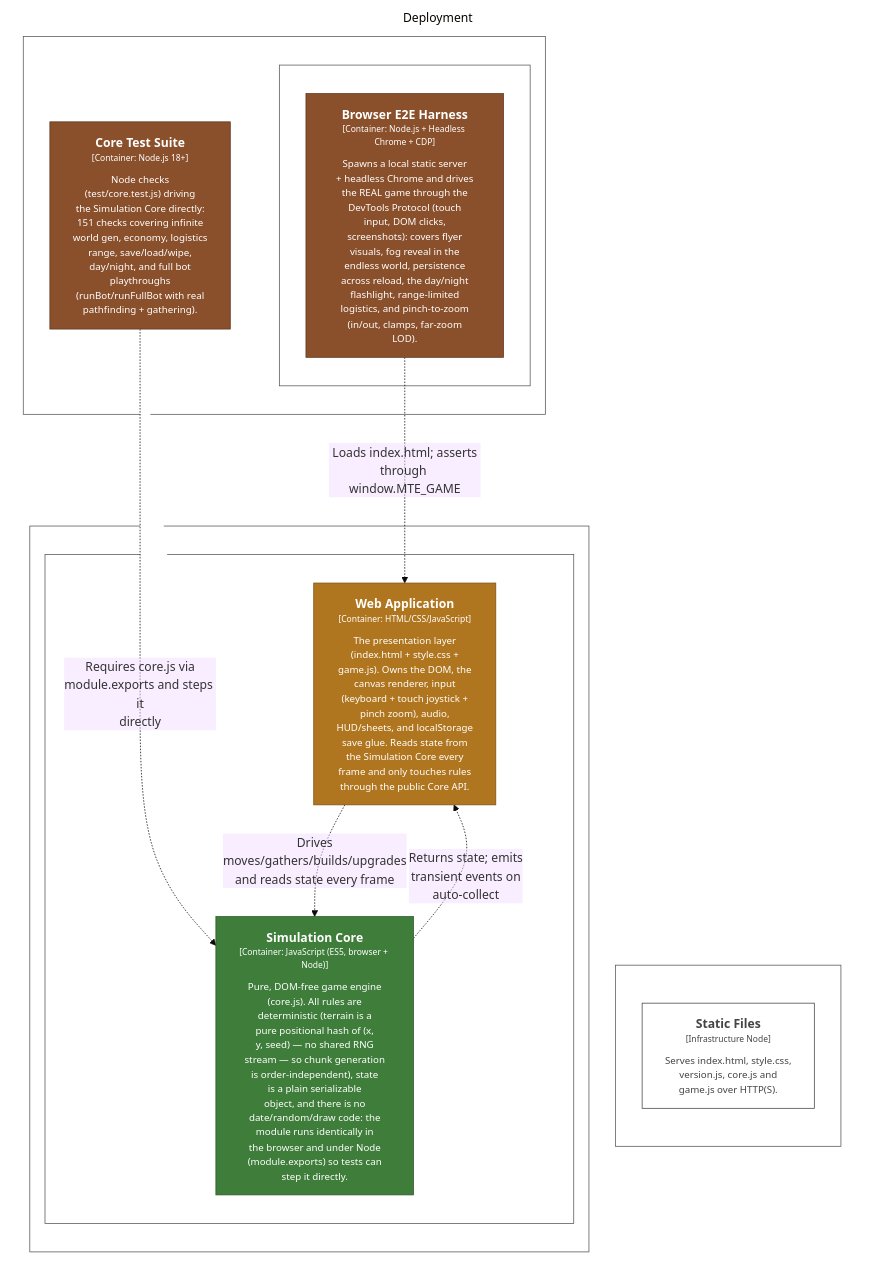
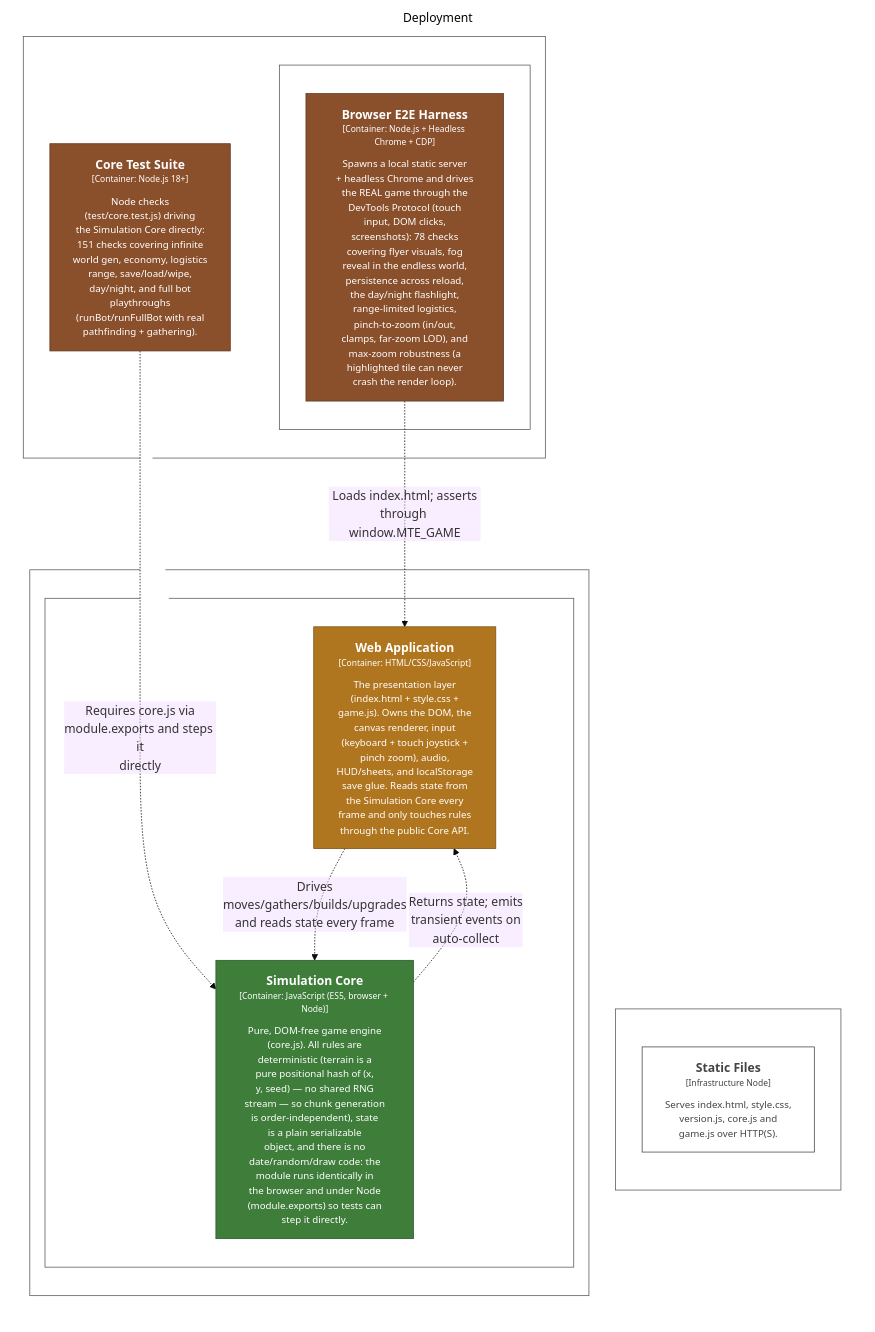
One commit to bitkojine/more-than-enough changed the diagram in structurizr/diagrams/Deployment.mmd. Above: the diagram before and after it, drawn with Mermaid (base theme). The commit also changed 9 other files, not shown here.

```diff
--- a/structurizr/diagrams/Deployment.mmd
+++ b/structurizr/diagrams/Deployment.mmd
@@ -1,48 +1,48 @@
 %% Generated from structurizr/workspace.dsl — do not edit; run: node structurizr/scripts/structurizr.mjs mermaid
 graph LR
   linkStyle default fill:#ffffff
 
   subgraph diagram ["Deployment"]
     style diagram fill:#ffffff,stroke:#ffffff
 
     subgraph 67 ["Browser"]
       style 67 fill:#ffffff,stroke:#575757,color:#ffffff
 
       subgraph 68 ["Browser tab"]
         style 68 fill:#ffffff,stroke:#575757,color:#ffffff
 
         69["<div style='font-weight: bold'>Web Application</div><div style='font-size: 70%; margin-top: 0px'>[Container: HTML/CSS/JavaScript]</div><div style='font-size: 80%; margin-top:10px'>The presentation layer<br />(index.html + style.css +<br />game.js). Owns the DOM, the<br />canvas renderer, input<br />(keyboard + touch joystick +<br />pinch zoom), audio,<br />HUD/sheets, and localStorage<br />save glue. Reads state from<br />the Simulation Core every<br />frame and only touches rules<br />through the public Core API.</div>"]
         style 69 fill:#b0761f,stroke:#7b5215,color:#ffffff
         70["<div style='font-weight: bold'>Simulation Core</div><div style='font-size: 70%; margin-top: 0px'>[Container: JavaScript (ES5, browser + Node)]</div><div style='font-size: 80%; margin-top:10px'>Pure, DOM-free game engine<br />(core.js). All rules are<br />deterministic (terrain is a<br />pure positional hash of (x,<br />y, seed) — no shared RNG<br />stream — so chunk generation<br />is order-independent), state<br />is a plain serializable<br />object, and there is no<br />date/random/draw code: the<br />module runs identically in<br />the browser and under Node<br />(module.exports) so tests can<br />step it directly.</div>"]
         style 70 fill:#3f7d3a,stroke:#2c5728,color:#ffffff
       end
 
     end
 
     subgraph 73 ["Static Host"]
       style 73 fill:#ffffff,stroke:#575757,color:#ffffff
 
       74["<div style='font-weight: bold'>Static Files</div><div style='font-size: 70%; margin-top: 0px'>[Infrastructure Node]</div><div style='font-size: 80%; margin-top:10px'>Serves index.html, style.css,<br />version.js, core.js and<br />game.js over HTTP(S).</div>"]
       style 74 fill:#ffffff,stroke:#444444,color:#444444
     end
 
     subgraph 75 ["Node.js 18+"]
       style 75 fill:#ffffff,stroke:#575757,color:#ffffff
 
       76["<div style='font-weight: bold'>Core Test Suite</div><div style='font-size: 70%; margin-top: 0px'>[Container: Node.js 18+]</div><div style='font-size: 80%; margin-top:10px'>Node checks<br />(test/core.test.js) driving<br />the Simulation Core directly:<br />151 checks covering infinite<br />world gen, economy, logistics<br />range, save/load/wipe,<br />day/night, and full bot<br />playthroughs<br />(runBot/runFullBot with real<br />pathfinding + gathering).</div>"]
       style 76 fill:#8a4f2b,stroke:#60371e,color:#ffffff
       subgraph 78 ["Headless Chrome"]
         style 78 fill:#ffffff,stroke:#575757,color:#ffffff
 
-        79["<div style='font-weight: bold'>Browser E2E Harness</div><div style='font-size: 70%; margin-top: 0px'>[Container: Node.js + Headless Chrome + CDP]</div><div style='font-size: 80%; margin-top:10px'>Spawns a local static server<br />+ headless Chrome and drives<br />the REAL game through the<br />DevTools Protocol (touch<br />input, DOM clicks,<br />screenshots): covers flyer<br />visuals, fog reveal in the<br />endless world, persistence<br />across reload, the day/night<br />flashlight, range-limited<br />logistics, and pinch-to-zoom<br />(in/out, clamps, far-zoom<br />LOD).</div>"]
+        79["<div style='font-weight: bold'>Browser E2E Harness</div><div style='font-size: 70%; margin-top: 0px'>[Container: Node.js + Headless Chrome + CDP]</div><div style='font-size: 80%; margin-top:10px'>Spawns a local static server<br />+ headless Chrome and drives<br />the REAL game through the<br />DevTools Protocol (touch<br />input, DOM clicks,<br />screenshots): 78 checks<br />covering flyer visuals, fog<br />reveal in the endless world,<br />persistence across reload,<br />the day/night flashlight,<br />range-limited logistics,<br />pinch-to-zoom (in/out,<br />clamps, far-zoom LOD), and<br />max-zoom robustness (a<br />highlighted tile can never<br />crash the render loop).</div>"]
         style 79 fill:#8a4f2b,stroke:#60371e,color:#ffffff
       end
 
     end
 
     70-. "<div>Returns state; emits<br />transient events on<br />auto-collect</div><div style='font-size: 70%'></div>" .->69
     69-. "<div>Drives<br />moves/gathers/builds/upgrades<br />and reads state every frame</div><div style='font-size: 70%'></div>" .->70
     76-. "<div>Requires core.js via<br />module.exports and steps it<br />directly</div><div style='font-size: 70%'></div>" .->70
     79-. "<div>Loads index.html; asserts<br />through window.MTE_GAME</div><div style='font-size: 70%'></div>" .->69
 
   end
```
